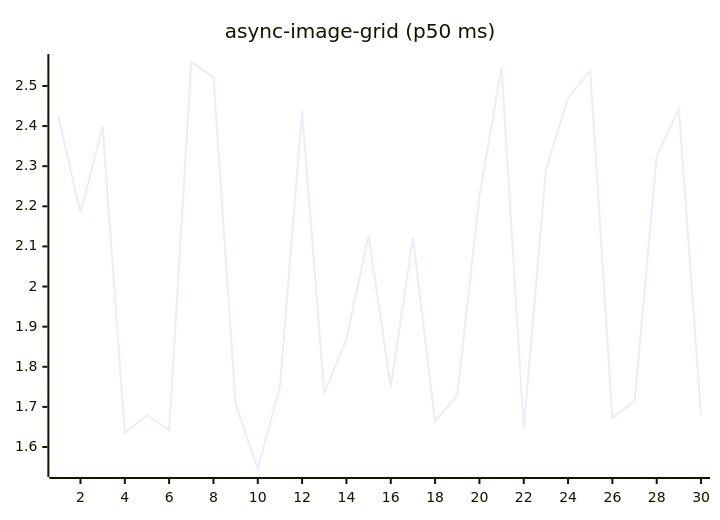
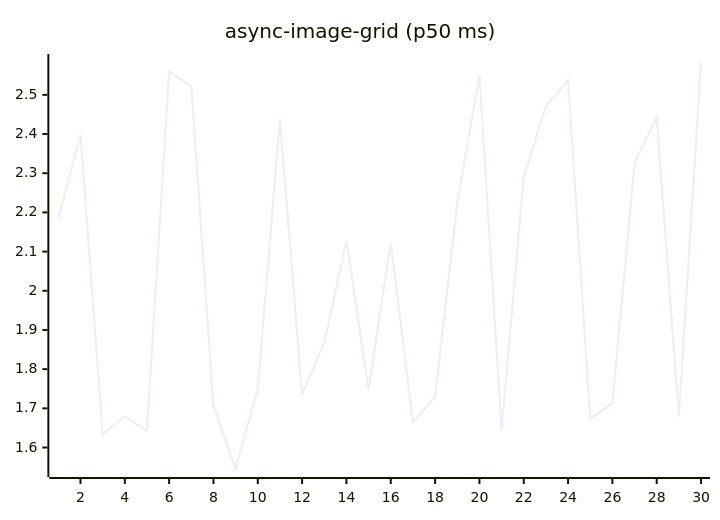
One commit to josha/Facet changed the fifth of 27 diagrams in README.md. Above: the diagram before and after it, drawn with Mermaid. The commit also changed other lines of this file and 2 other files, not shown here.

````diff
--- a/README.md
+++ b/README.md
@@ -91,6 +91,6 @@
 ```mermaid
 xychart-beta
     title "async-image-grid (p50 ms)"
     x-axis 1 --> 30
-    line [2.4260, 2.1835, 2.3985, 1.6346, 1.6792, 1.6424, 2.5597, 2.5214, 1.7066, 1.5452, 1.7512, 2.4372, 1.7341, 1.8684, 2.1272, 1.7487, 2.1221, 1.6642, 1.7295, 2.2238, 2.5483, 1.6449, 2.2910, 2.4702, 2.5376, 1.6727, 1.7140, 2.3260, 2.4429, 1.6792]
+    line [2.1835, 2.3985, 1.6346, 1.6792, 1.6424, 2.5597, 2.5214, 1.7066, 1.5452, 1.7512, 2.4372, 1.7341, 1.8684, 2.1272, 1.7487, 2.1221, 1.6642, 1.7295, 2.2238, 2.5483, 1.6449, 2.2910, 2.4702, 2.5376, 1.6727, 1.7140, 2.3260, 2.4429, 1.6792, 2.5838]
 ```
````
